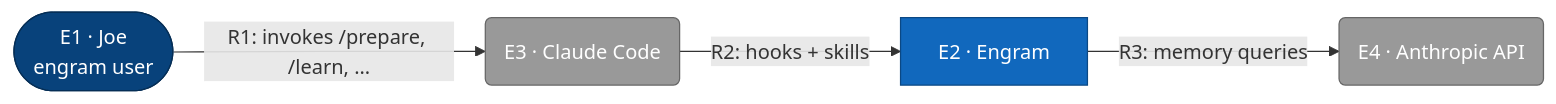
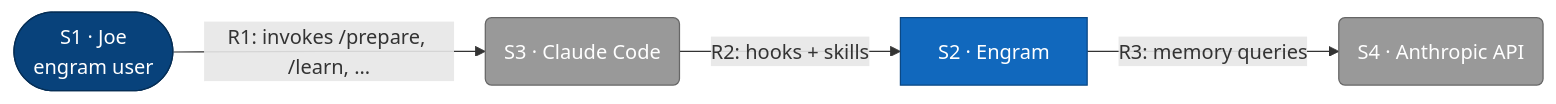
One commit to toejough/engram changed the fifth of 7 diagrams in skills/c4/references/mermaid-conventions.md. Above: the diagram before and after it, drawn with Mermaid. The commit also changed other lines of this file and 21 other files, not shown here.

````diff
--- a/skills/c4/references/mermaid-conventions.md
+++ b/skills/c4/references/mermaid-conventions.md
@@ -107,24 +109,24 @@
 ```mermaid
 flowchart LR
     classDef person      fill:#08427b,stroke:#052e56,color:#fff
     classDef external    fill:#999,   stroke:#666,   color:#fff
     classDef container   fill:#1168bd,stroke:#0b4884,color:#fff
 
-    user([E1 · Joe<br/>engram user])
-    cc(E3 · Claude Code)
-    engram[E2 · Engram]
-    anth(E4 · Anthropic API)
+    user([S1 · Joe<br/>engram user])
+    cc(S3 · Claude Code)
+    engram[S2 · Engram]
+    anth(S4 · Anthropic API)
 
     user -->|R1: invokes /prepare, /learn, ...| cc
     cc -->|R2: hooks + skills| engram
     engram -->|R3: memory queries| anth
 
     class user person
     class cc,anth external
     class engram container
 
-    click user href "#e1-joe"
-    click engram href "#e2-engram"
-    click cc href "#e3-claude-code"
-    click anth href "#e4-anthropic-api"
+    click user href "#s1-joe"
+    click engram href "#s2-engram"
+    click cc href "#s3-claude-code"
+    click anth href "#s4-anthropic-api"
 ```
````
